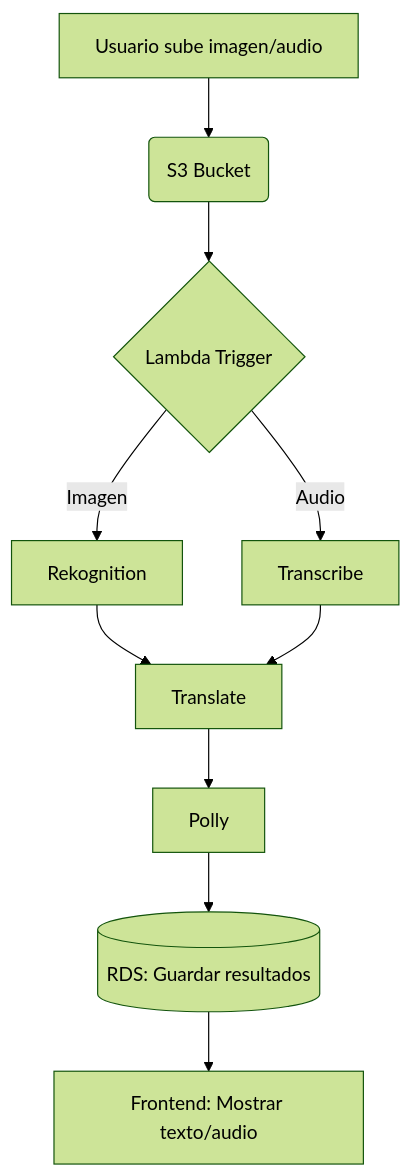
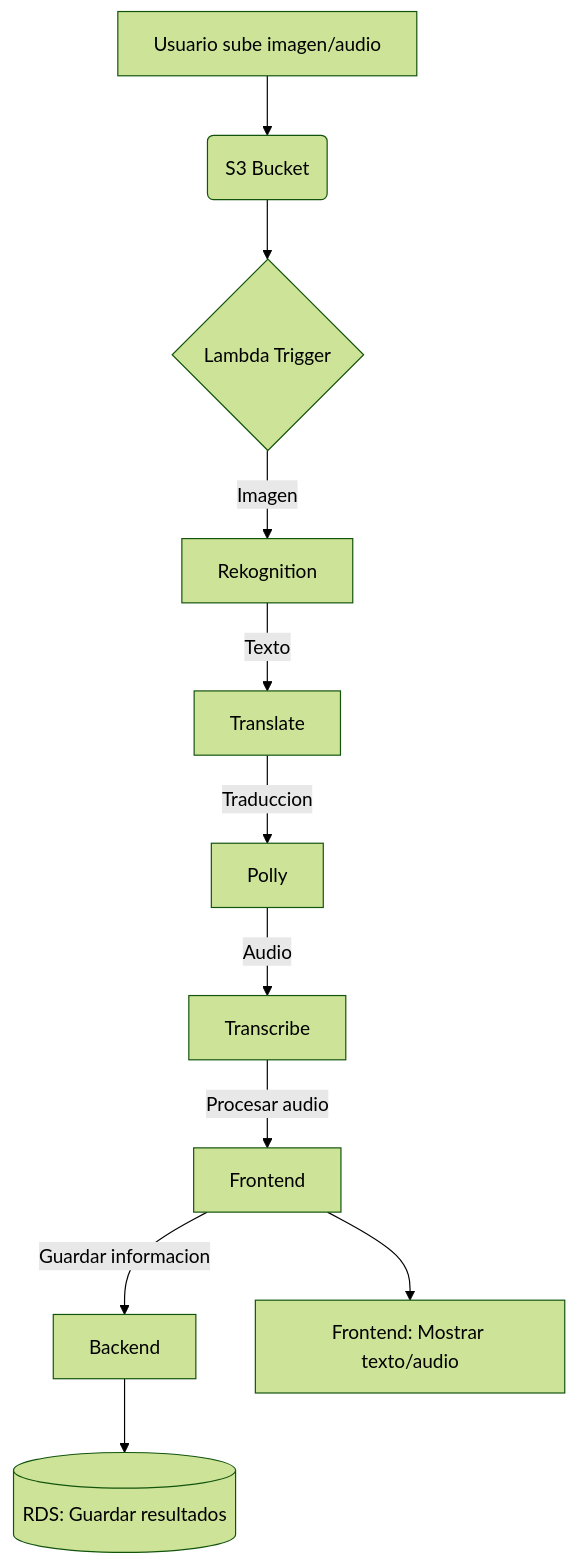
The diagram in Proyecto/Readme.md (JPorres03/Semi1-A-1S2025-Grupo4-Proyecto), drawn with Mermaid (forest theme) before and after one commit. The commit also changed other lines of this file and 1 other file, not shown here.

````diff
--- a/Proyecto/Readme.md
+++ b/Proyecto/Readme.md
@@ -177,12 +180,13 @@
 ```mermaid
 graph TD
     A[Usuario sube imagen/audio] --> B(S3 Bucket)
     B --> C{Lambda Trigger}
     C -->|Imagen| D[Rekognition]
-    C -->|Audio| E[Transcribe]
-    D --> F[Translate]
-    E --> F
-    F --> G[Polly]
-    G --> H[(RDS: Guardar resultados)]
-    H --> I[Frontend: Mostrar texto/audio]
+    D -->|Texto| E[Translate]
+    E -->|Traduccion| F[Polly]
+    F -->|Audio| G[Transcribe]
+    G -->|Procesar audio| H[Frontend]
+    H -->|Guardar informacion| K[Backend]
+    K --> I[(RDS: Guardar resultados)]
+    H --> J[Frontend: Mostrar texto/audio]
 ```  
````
